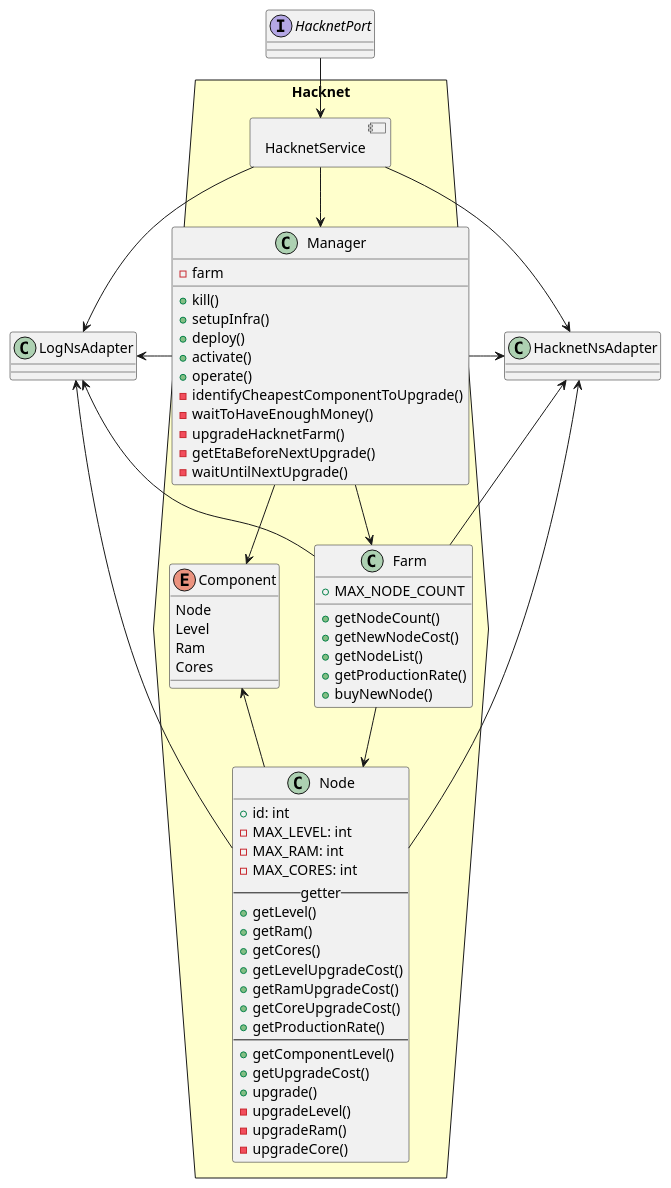
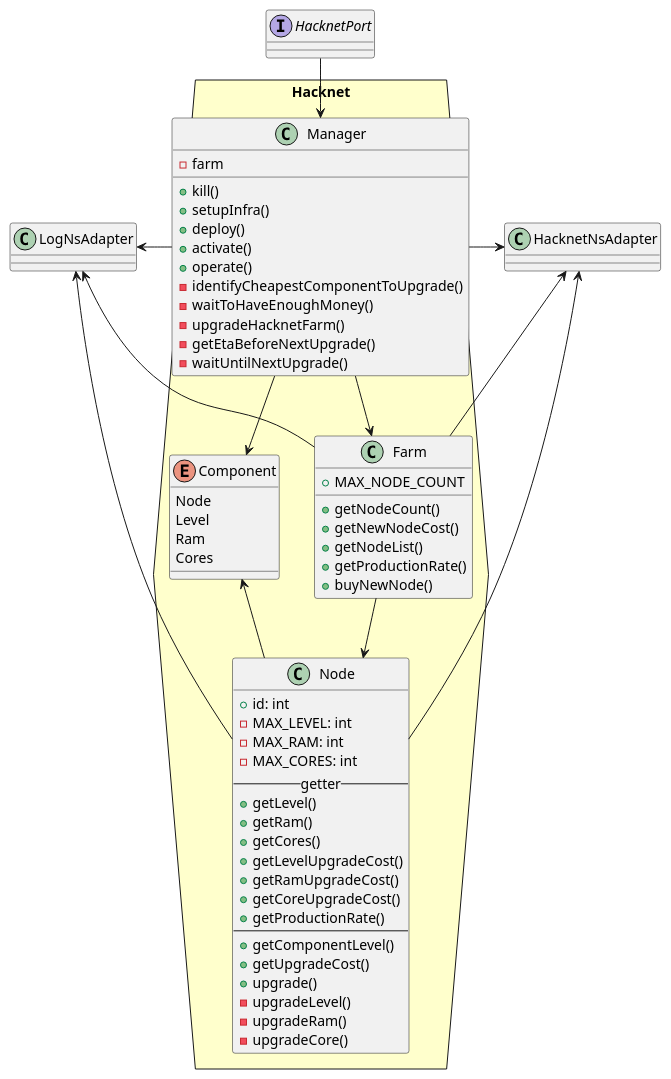
The diagram in doc/hacknet-class-diagram.puml (Desvart/bitburner), drawn with PlantUML before and after one commit. The commit also changed 21 other files, not shown here.

Commit message:
* continue migration from js to ts of hacknet module. * Update class diagrams documentation accordingly

```diff
--- a/doc/hacknet-class-diagram.puml
+++ b/doc/hacknet-class-diagram.puml
@@ -1,85 +1,79 @@
 @startuml
 
 interface HacknetPort
 class HacknetNsAdapter
 class LogNsAdapter
 
 hexagon Hacknet #Business {
-
-    component HacknetService {
-    }
 
     class Manager {
         -farm
         +kill()
         +setupInfra()
         +deploy()
         +activate()
         +operate()
         -identifyCheapestComponentToUpgrade()
         -waitToHaveEnoughMoney()
         -upgradeHacknetFarm()
         -getEtaBeforeNextUpgrade()
         -waitUntilNextUpgrade()
     }
 
     class Farm {
         +MAX_NODE_COUNT
         +getNodeCount()
         +getNewNodeCost()
         +getNodeList()
         +getProductionRate()
         +buyNewNode()
     }
 
     class Node {
         +id: int
         -MAX_LEVEL: int
         -MAX_RAM: int
         -MAX_CORES: int
         --getter--
         +getLevel()
         +getRam()
         +getCores()
         +getLevelUpgradeCost()
         +getRamUpgradeCost()
         +getCoreUpgradeCost()
         +getProductionRate()
         --
         +getComponentLevel()
         +getUpgradeCost()
         +upgrade()
         -upgradeLevel()
         -upgradeRam()
         -upgradeCore()
     }
 
     enum Component {
         Node
         Level
         Ram
         Cores
     }
 }
 
 ' Driven by
-    HacknetPort --> HacknetService
+    HacknetPort --> Manager
 
 ' Hexagon
-    HacknetService --> Manager
     Manager -d-> Farm
     Manager --> Component
     Farm --> Node
     Node -u-> Component
 
 ' Driver
-    HacknetService --> HacknetNsAdapter
-    HacknetService --> LogNsAdapter
     Manager -r-> HacknetNsAdapter
     Manager -l-> LogNsAdapter
     Farm -u-> HacknetNsAdapter
     Farm -u-> LogNsAdapter
     Node -u-> HacknetNsAdapter
     Node -u-> LogNsAdapter
 
 @enduml
```
